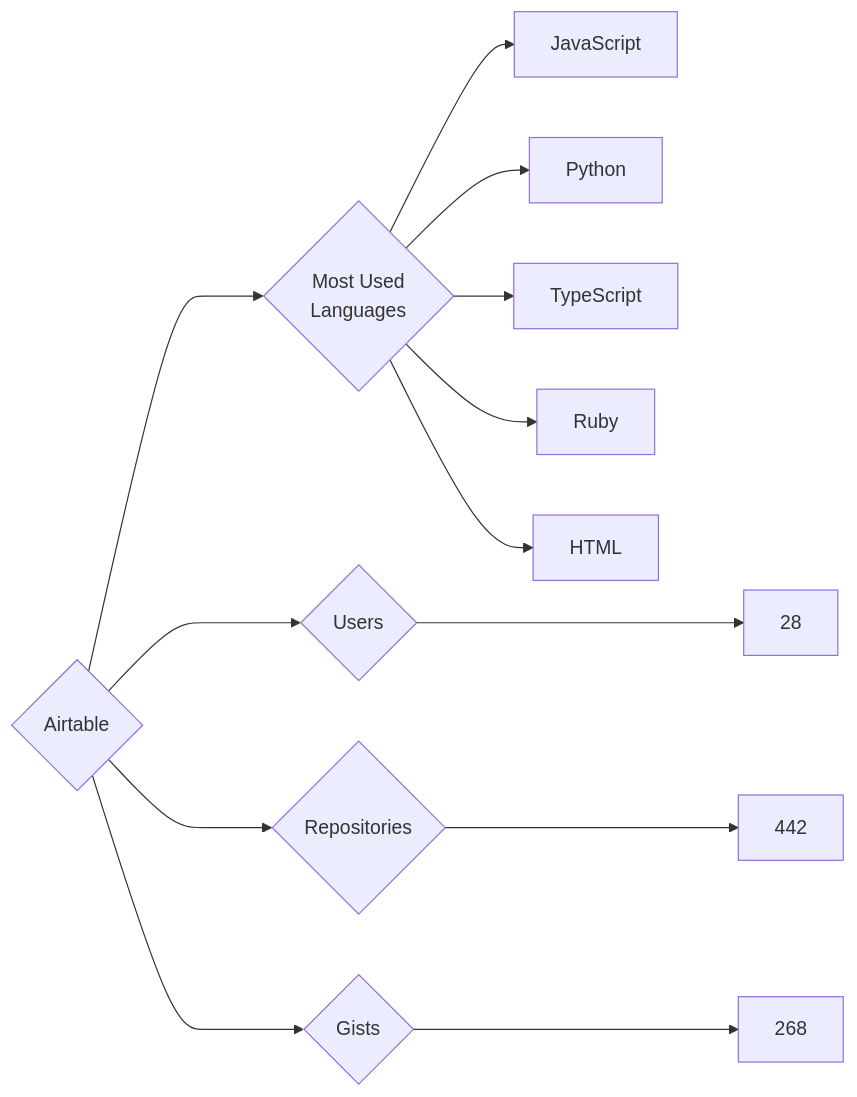
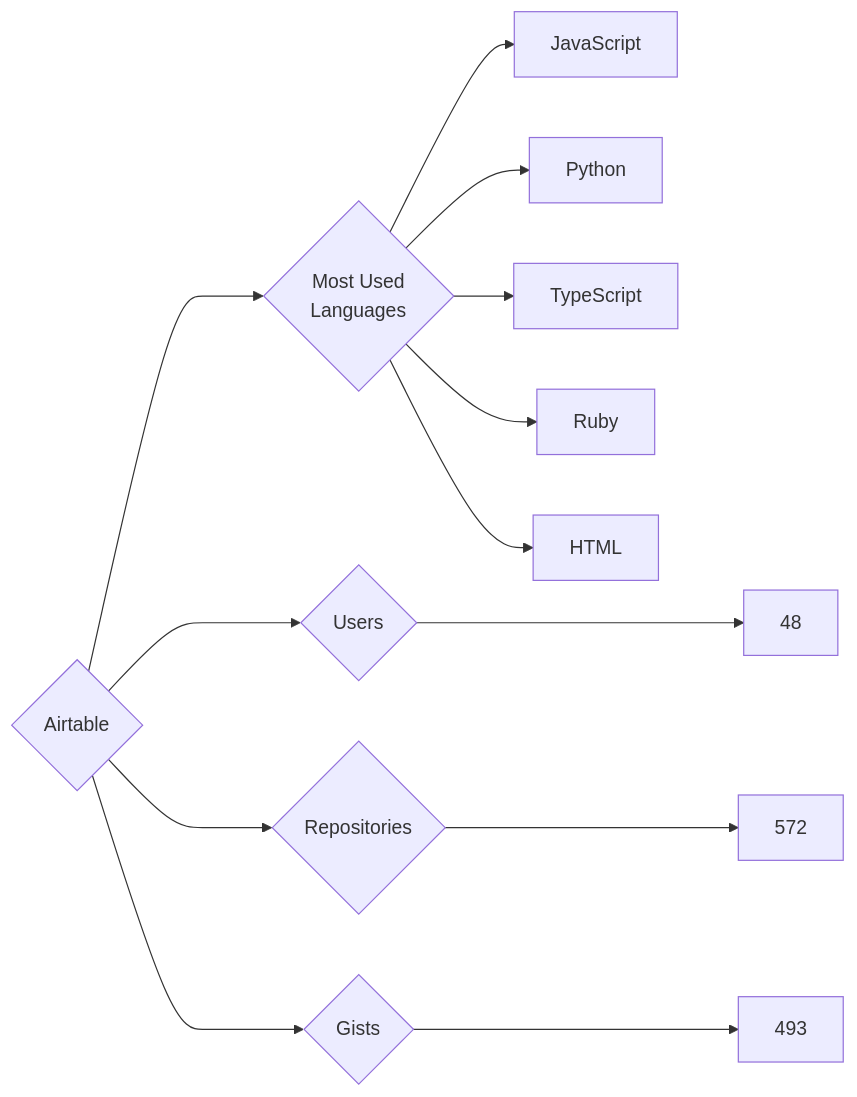
Before and after one commit to trickest/insiders: the diagram in targets/Airtable/README.md, drawn with Mermaid. The commit also changed 773 other files, not shown here.

````diff
--- a/targets/Airtable/README.md
+++ b/targets/Airtable/README.md
@@ -3,13 +3,13 @@
 ```mermaid
 graph LR
 COMPANY_NAME{Airtable}
-COMPANY_NAME ---> U{Users} ---> UN[28]
-COMPANY_NAME ---> R{Repositories} ---> RN[442]
-COMPANY_NAME ---> G{Gists} ---> GN[268]
+COMPANY_NAME ---> U{Users} ---> UN[48]
+COMPANY_NAME ---> R{Repositories} ---> RN[572]
+COMPANY_NAME ---> G{Gists} ---> GN[493]
 COMPANY_NAME ---> ML{Most Used<br>Languages}
 ML --> JavaScript[JavaScript]
 ML --> Python[Python]
 ML --> TypeScript[TypeScript]
 ML --> Ruby[Ruby]
 ML --> HTML[HTML]
 ```
````
